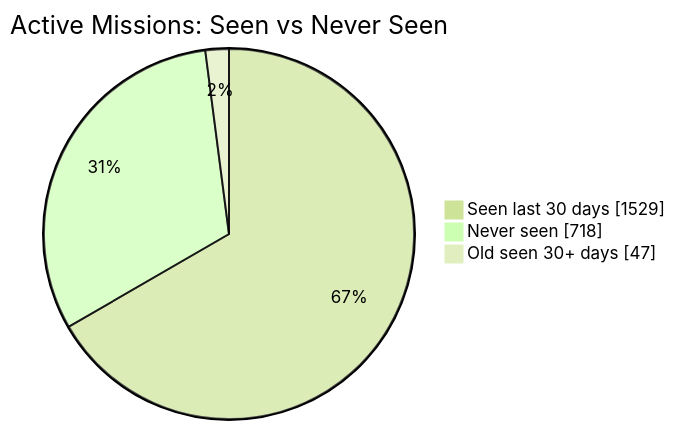
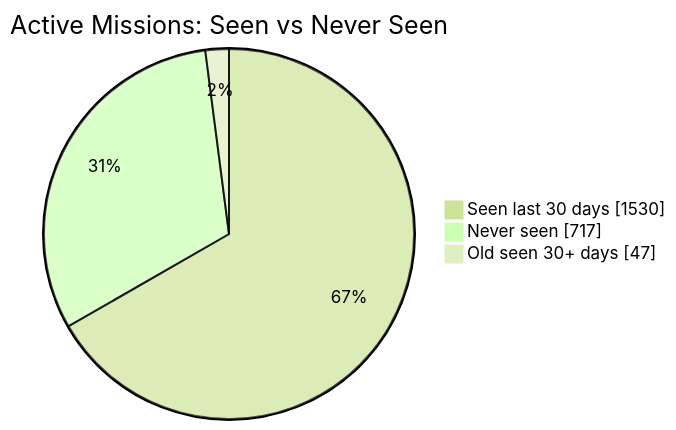
The first of 2 diagrams in README.md (MeldkamerspelGameTeam/active-missions), drawn with Mermaid (forest theme) before and after one commit. The commit also changed other lines of this file and 3 other files, not shown here.

````diff
--- a/README.md
+++ b/README.md
@@ -34,7 +34,7 @@
 ```mermaid
 pie showData
     title Active Missions: Seen vs Never Seen
-    "Seen last 30 days" : 1529
-    "Never seen" : 718
+    "Seen last 30 days" : 1530
+    "Never seen" : 717
     "Old seen 30+ days" : 47
 ```
````
